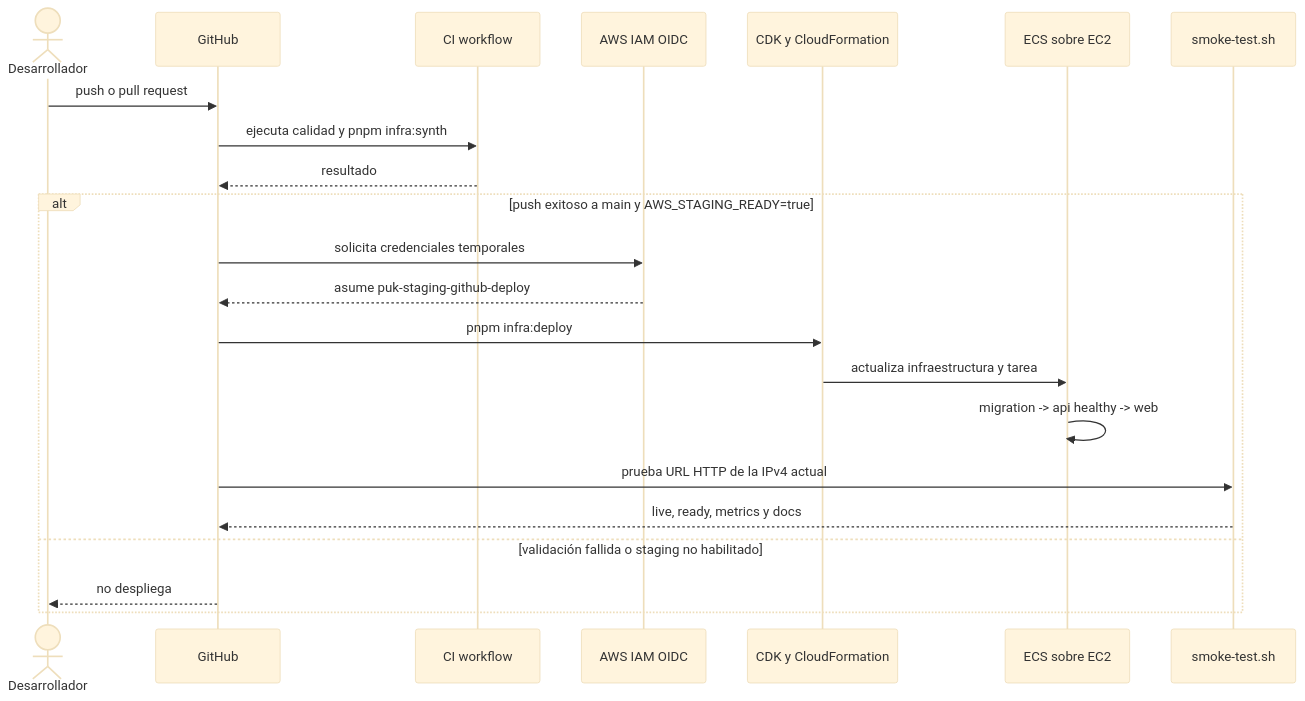
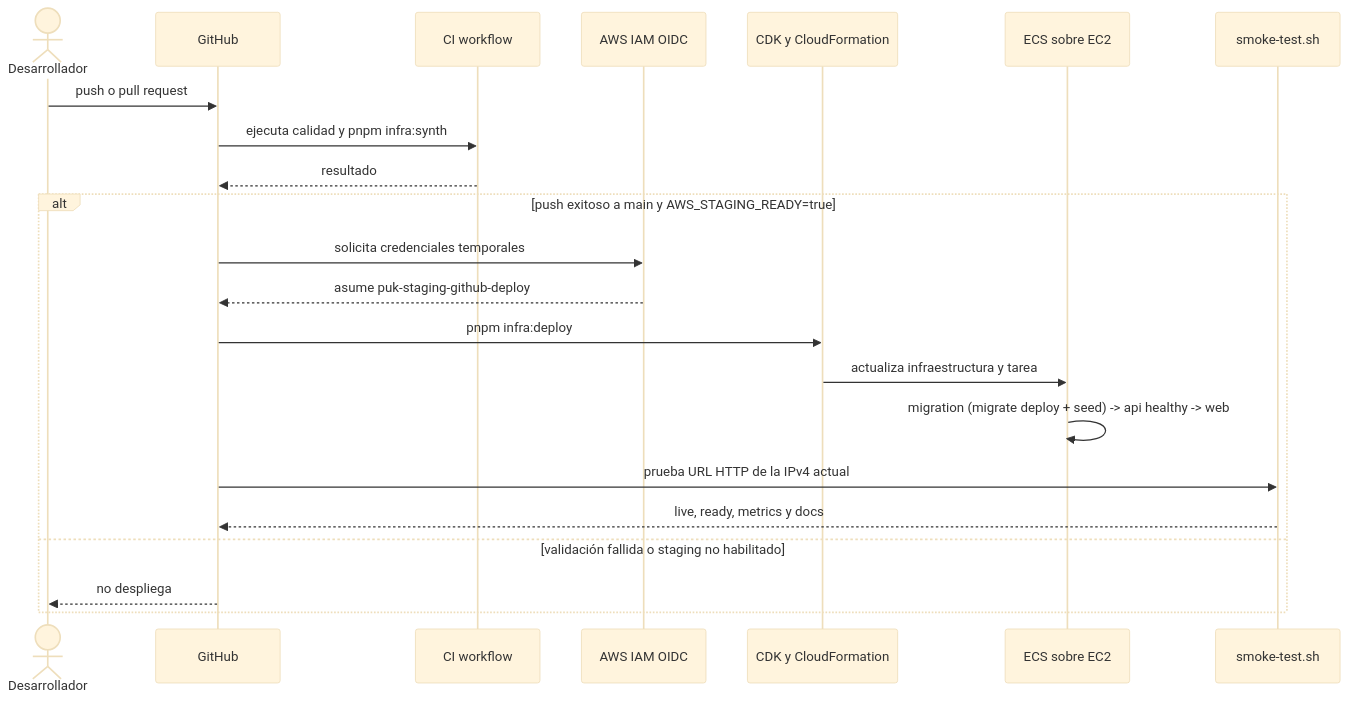
Before and after one commit to luistorres-idt/puk: the fourth of 5 diagrams in docs/technical/infrastructure-and-operations.md, drawn with Mermaid (base theme). The commit also changed other lines of this file and 8 other files, not shown here.

Commit message:
docs: update deployment and architecture documentation

````diff
--- a/docs/technical/infrastructure-and-operations.md
+++ b/docs/technical/infrastructure-and-operations.md
@@ -235,25 +242,25 @@
 ```mermaid
 sequenceDiagram
     actor Dev as Desarrollador
     participant GH as GitHub
     participant CI as CI workflow
     participant OIDC as AWS IAM OIDC
     participant CDK as CDK y CloudFormation
     participant ECS as ECS sobre EC2
     participant Smoke as smoke-test.sh
 
     Dev->>GH: push o pull request
     GH->>CI: ejecuta calidad y pnpm infra:synth
     CI-->>GH: resultado
     alt push exitoso a main y AWS_STAGING_READY=true
         GH->>OIDC: solicita credenciales temporales
         OIDC-->>GH: asume puk-staging-github-deploy
         GH->>CDK: pnpm infra:deploy
         CDK->>ECS: actualiza infraestructura y tarea
-        ECS->>ECS: migration -> api healthy -> web
+        ECS->>ECS: migration (migrate deploy + seed) -> api healthy -> web
         GH->>Smoke: prueba URL HTTP de la IPv4 actual
         Smoke-->>GH: live, ready, metrics y docs
     else validación fallida o staging no habilitado
         GH-->>Dev: no despliega
     end
 ```
````
